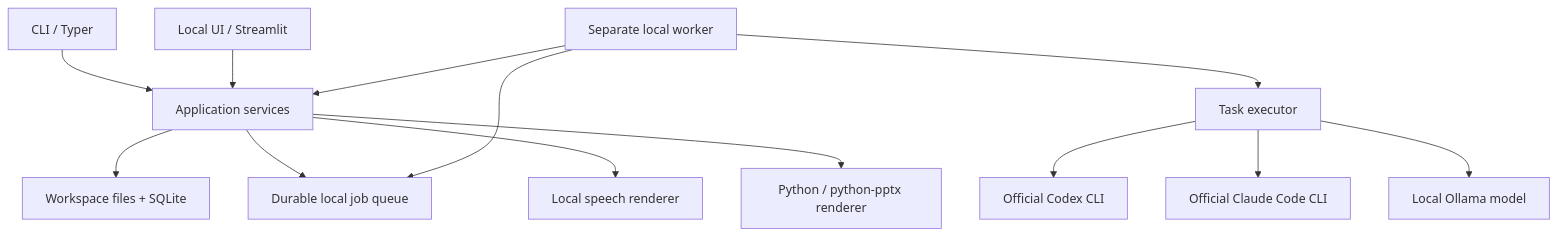
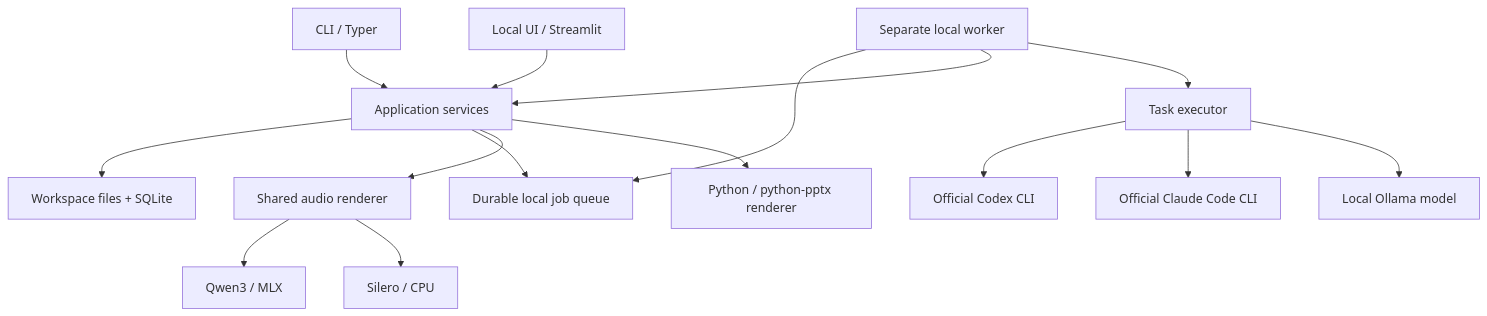
One commit to emetsds/brofessor changed the diagram in docs/architecture.md. Above: the diagram before and after it, drawn with Mermaid. The commit also changed other lines of this file and 19 other files, not shown here.

Commit message:
Add Silero speech engine and pin queued model specifications

````diff
--- a/docs/architecture.md
+++ b/docs/architecture.md
@@ -7,15 +7,17 @@
 ```mermaid
 flowchart TD
     CLI[CLI / Typer] --> APP[Application services]
     UI[Local UI / Streamlit] --> APP
     APP --> STORE[Workspace files + SQLite]
     APP --> JOBS[Durable local job queue]
     WORKER[Separate local worker] --> JOBS
     WORKER --> APP
     WORKER --> EXEC[Task executor]
     EXEC --> CODEX[Official Codex CLI]
     EXEC --> CLAUDE[Official Claude Code CLI]
     EXEC --> OLLAMA[Local Ollama model]
-    APP --> TTS[Local speech renderer]
+    APP --> TTS[Shared audio renderer]
+    TTS --> QWEN[Qwen3 / MLX]
+    TTS --> SILERO[Silero / CPU]
     APP --> SLIDES[Python / python-pptx renderer]
 ```
````
